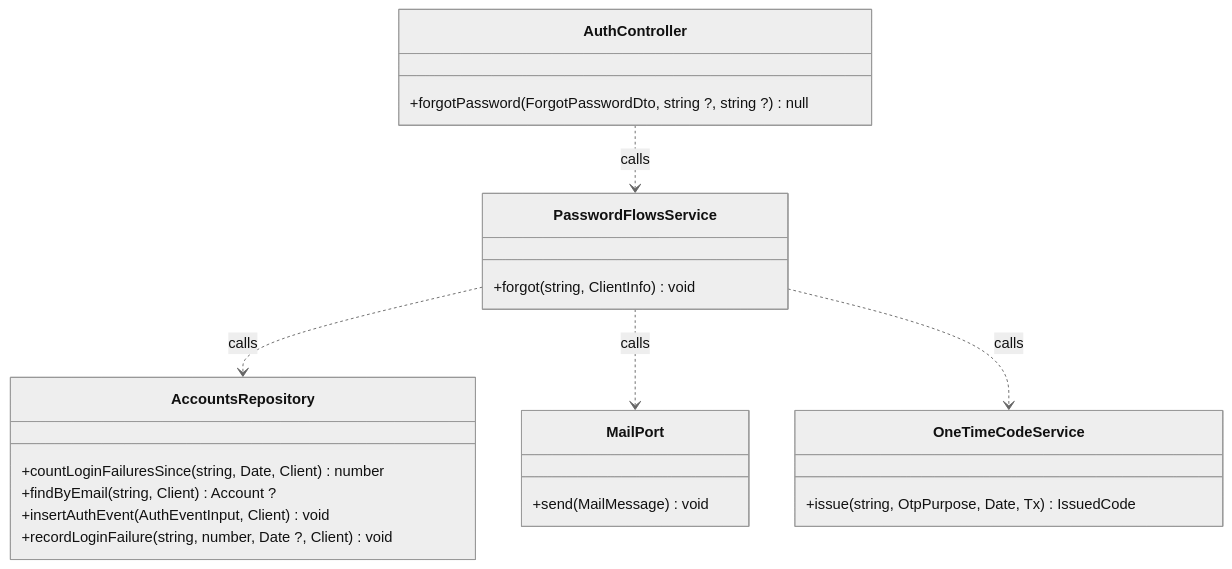
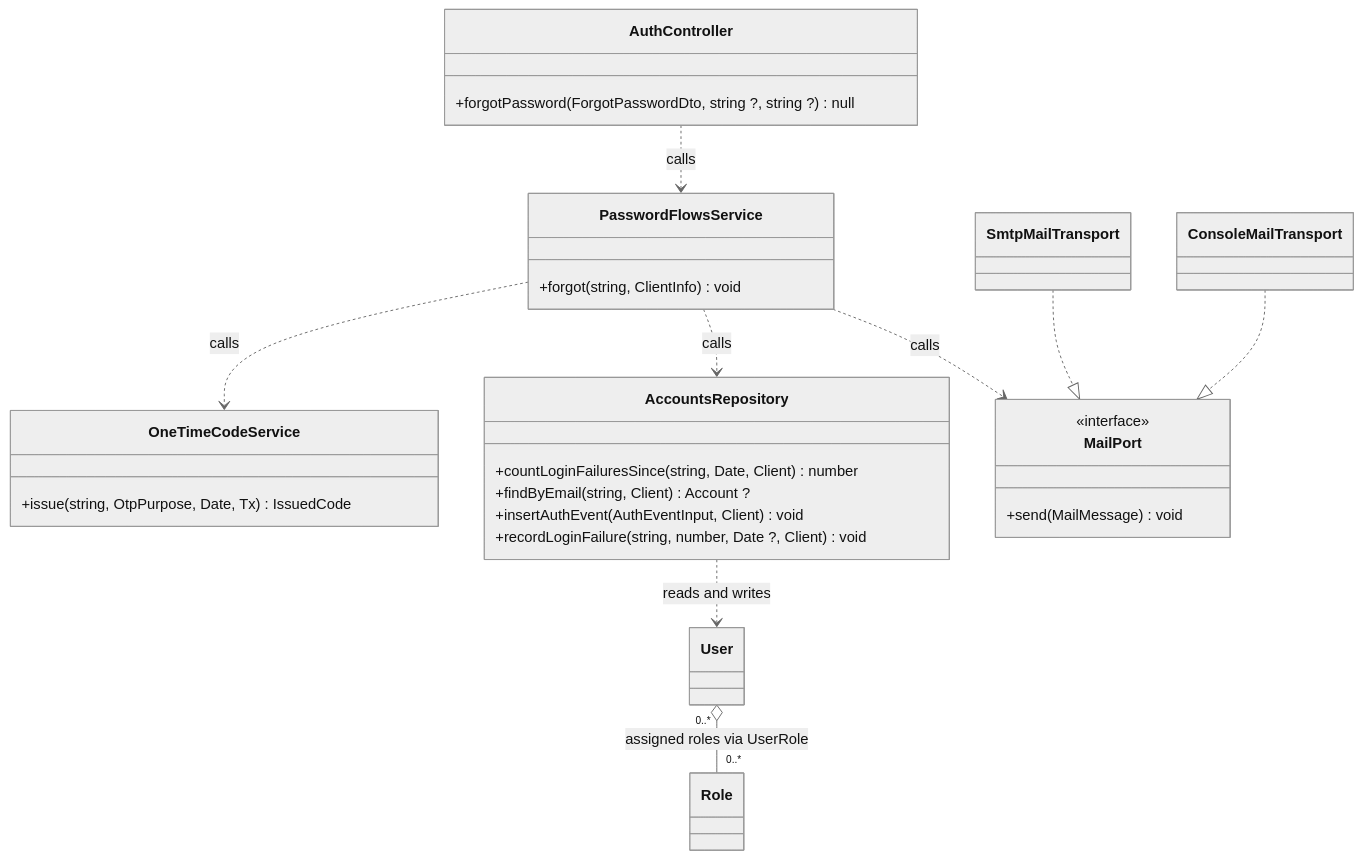
One commit to TrekLink-Team/treklink-web changed the fourth of 14 diagrams in specs/auth/design.md. Above: the diagram before and after it, drawn with Mermaid (neutral theme). The commit also changed other lines of this file and 7 other files, not shown here.

First line of the commit message:
docs: add code-backed UML class relations and split views

````diff
--- a/specs/auth/design.md
+++ b/specs/auth/design.md
@@ -253,26 +262,40 @@
 ```mermaid
 classDiagram
     direction TB
     class AuthController {
         +forgotPassword(ForgotPasswordDto, string ?, string ?) null
     }
     class PasswordFlowsService {
         +forgot(string, ClientInfo) void
     }
     class OneTimeCodeService {
         +issue(string, OtpPurpose, Date, Tx) IssuedCode
     }
     class AccountsRepository {
         +countLoginFailuresSince(string, Date, Client) number
         +findByEmail(string, Client) Account ?
         +insertAuthEvent(AuthEventInput, Client) void
         +recordLoginFailure(string, number, Date ?, Client) void
     }
     class MailPort {
+        <<interface>>
         +send(MailMessage) void
     }
     AuthController ..> PasswordFlowsService : calls
     PasswordFlowsService ..> AccountsRepository : calls
     PasswordFlowsService ..> MailPort : calls
     PasswordFlowsService ..> OneTimeCodeService : calls
+
+    class User
+    class Role
+    class SmtpMailTransport
+    class ConsoleMailTransport
+    %% backend/prisma/schema.prisma:273-285; role grants refer to reusable Role rows, not owned role lifetimes.
+    User "0..*" o-- "0..*" Role : assigned roles via UserRole
+    %% backend/src/modules/auth/accounts.repository.ts:64-79; account rows are Prisma User projections.
+    AccountsRepository ..> User : reads and writes
+    %% backend/src/modules/auth/mail/smtp.transport.ts:8; implements MailPort.
+    SmtpMailTransport ..|> MailPort
+    %% backend/src/modules/auth/mail/console.transport.ts:6; implements MailPort.
+    ConsoleMailTransport ..|> MailPort
 ```
````
